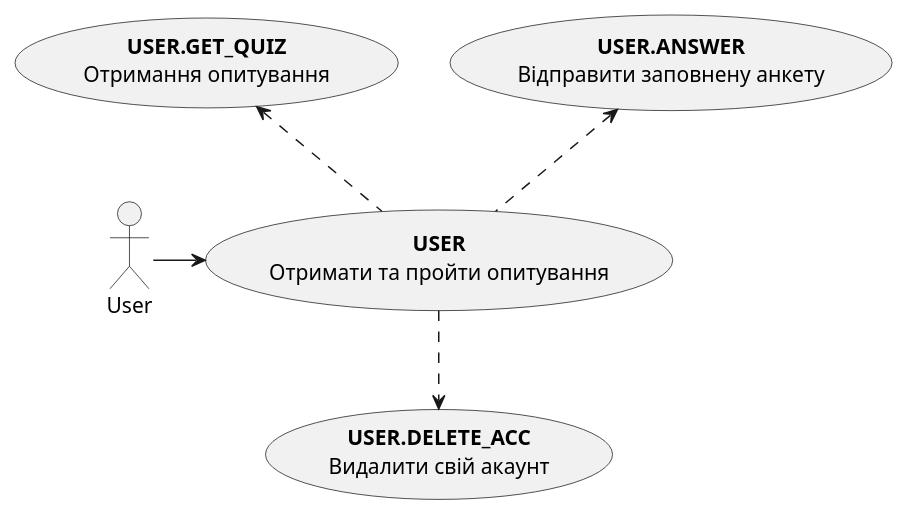
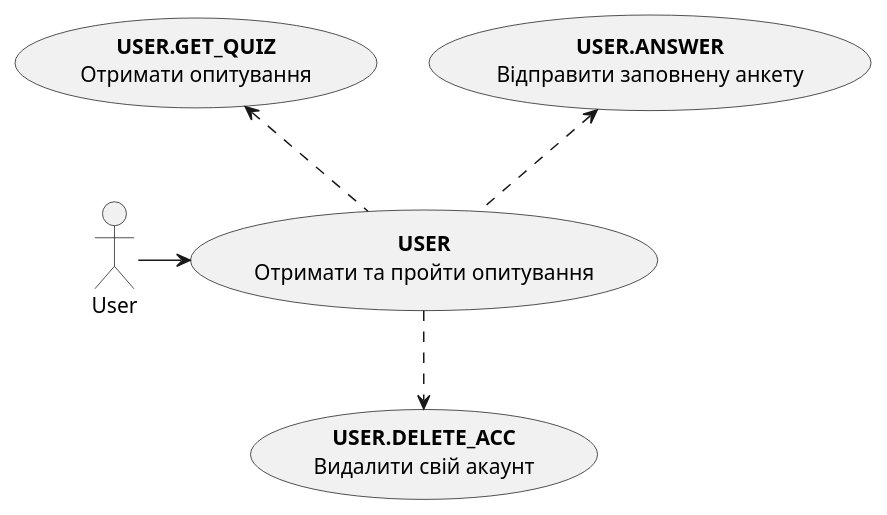
The third of 22 diagrams in docs/use cases/README.md (michigang1/ImForms), drawn with PlantUML before and after one commit. The commit also changed other lines of this file, not shown here.

```diff
--- a/docs/use cases/README.md
+++ b/docs/use cases/README.md
@@ -49,15 +55,15 @@
 @startuml
 actor User
 
 usecase "<b>USER\nОтримати та пройти опитування" as U
 
 usecase "<b>USER.ANSWER\nВідправити заповнену анкету" as UA
-usecase "<b>USER.GET_QUIZ\nОтримання опитування" as UG
+usecase "<b>USER.GET_QUIZ\nОтримати опитування" as UG
 usecase "<b>USER.DELETE_ACC\nВидалити свій акаунт" as UD
 
 User -r-> U
 
 U .u.> UA
 U .u.> UG
 U .d.> UD
 @enduml
```
